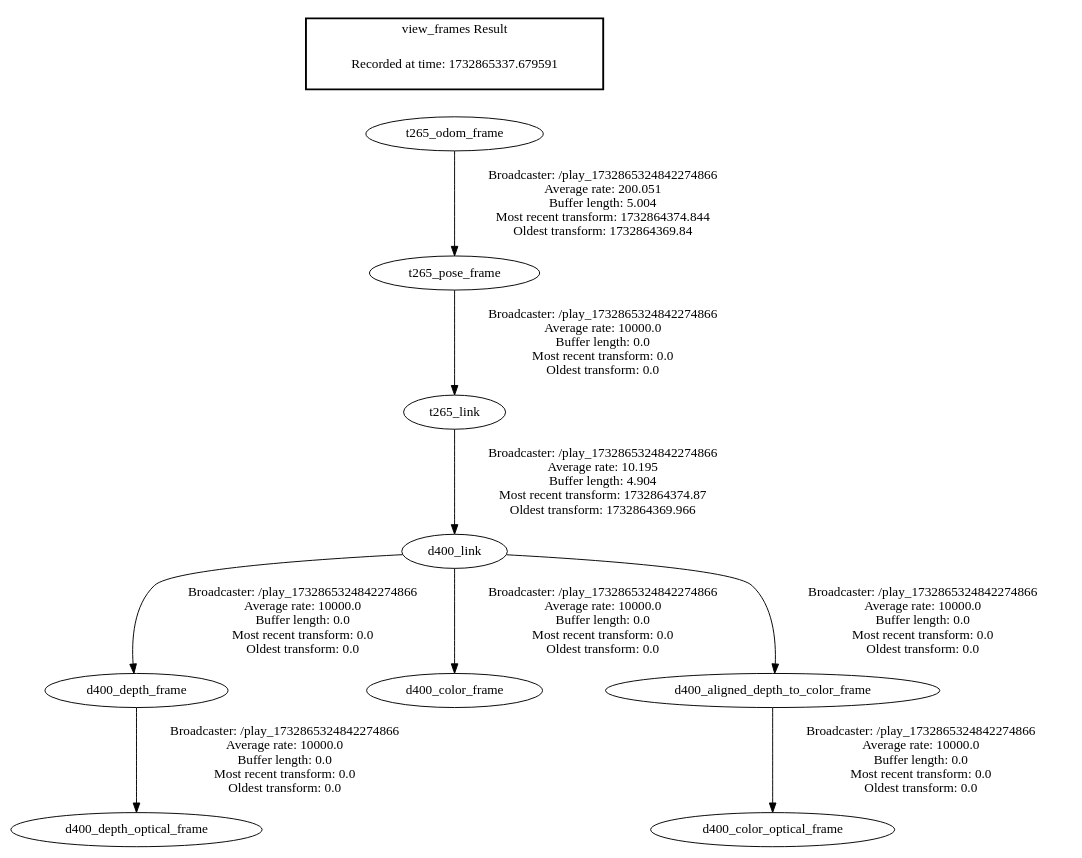
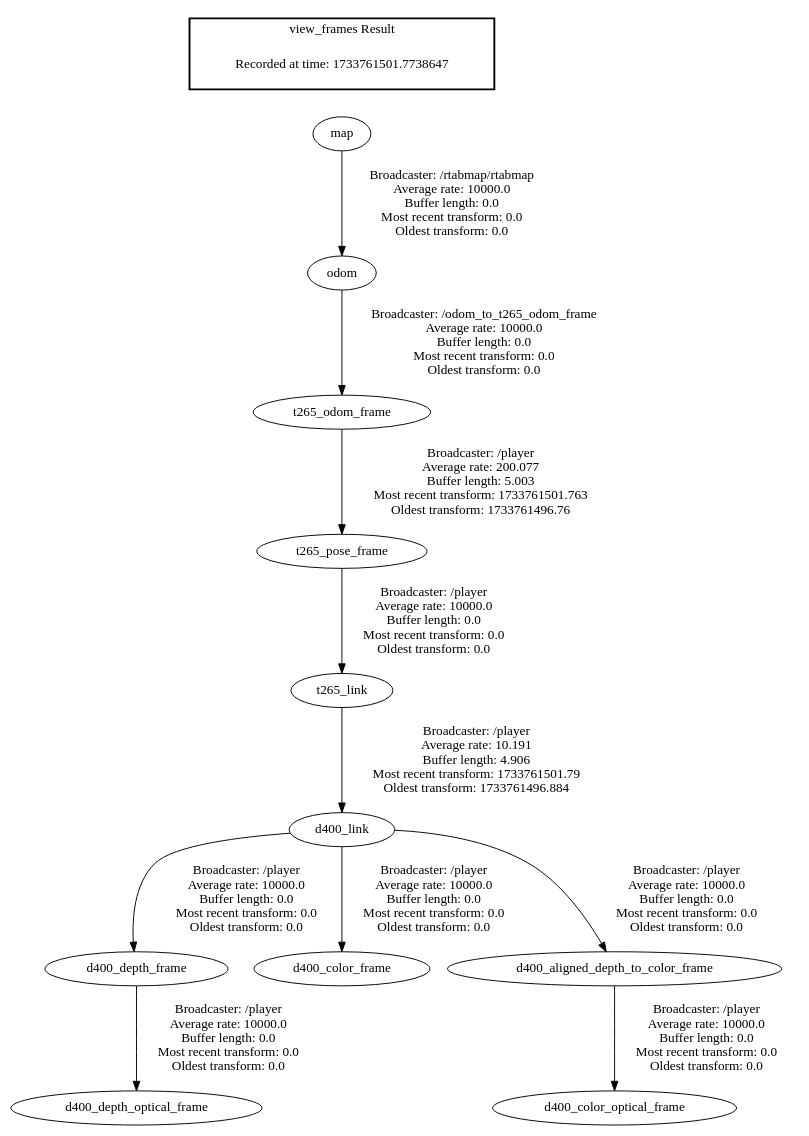
The diagram in catkin_ws/frames.gv (FahrulID/netrasahaya), drawn with Graphviz before and after one commit. The commit also changed 29 other files, not shown here.

```diff
--- a/catkin_ws/frames.gv
+++ b/catkin_ws/frames.gv
@@ -1,14 +1,16 @@
 digraph G {
-"t265_pose_frame" -> "t265_link"[label=" Broadcaster: /play_1732865324842274866\nAverage rate: 10000.0\nBuffer length: 0.0\nMost recent transform: 0.0\nOldest transform: 0.0\n"];
-"t265_odom_frame" -> "t265_pose_frame"[label=" Broadcaster: /play_1732865324842274866\nAverage rate: 200.051\nBuffer length: 5.004\nMost recent transform: 1732864374.844\nOldest transform: 1732864369.84\n"];
-"d400_link" -> "d400_depth_frame"[label=" Broadcaster: /play_1732865324842274866\nAverage rate: 10000.0\nBuffer length: 0.0\nMost recent transform: 0.0\nOldest transform: 0.0\n"];
-"t265_link" -> "d400_link"[label=" Broadcaster: /play_1732865324842274866\nAverage rate: 10.195\nBuffer length: 4.904\nMost recent transform: 1732864374.87\nOldest transform: 1732864369.966\n"];
-"d400_depth_frame" -> "d400_depth_optical_frame"[label=" Broadcaster: /play_1732865324842274866\nAverage rate: 10000.0\nBuffer length: 0.0\nMost recent transform: 0.0\nOldest transform: 0.0\n"];
-"d400_link" -> "d400_color_frame"[label=" Broadcaster: /play_1732865324842274866\nAverage rate: 10000.0\nBuffer length: 0.0\nMost recent transform: 0.0\nOldest transform: 0.0\n"];
-"d400_aligned_depth_to_color_frame" -> "d400_color_optical_frame"[label=" Broadcaster: /play_1732865324842274866\nAverage rate: 10000.0\nBuffer length: 0.0\nMost recent transform: 0.0\nOldest transform: 0.0\n"];
-"d400_link" -> "d400_aligned_depth_to_color_frame"[label=" Broadcaster: /play_1732865324842274866\nAverage rate: 10000.0\nBuffer length: 0.0\nMost recent transform: 0.0\nOldest transform: 0.0\n"];
+"map" -> "odom"[label=" Broadcaster: /rtabmap/rtabmap\nAverage rate: 10000.0\nBuffer length: 0.0\nMost recent transform: 0.0\nOldest transform: 0.0\n"];
+"odom" -> "t265_odom_frame"[label=" Broadcaster: /odom_to_t265_odom_frame\nAverage rate: 10000.0\nBuffer length: 0.0\nMost recent transform: 0.0\nOldest transform: 0.0\n"];
+"d400_link" -> "d400_depth_frame"[label=" Broadcaster: /player\nAverage rate: 10000.0\nBuffer length: 0.0\nMost recent transform: 0.0\nOldest transform: 0.0\n"];
+"t265_link" -> "d400_link"[label=" Broadcaster: /player\nAverage rate: 10.191\nBuffer length: 4.906\nMost recent transform: 1733761501.79\nOldest transform: 1733761496.884\n"];
+"d400_depth_frame" -> "d400_depth_optical_frame"[label=" Broadcaster: /player\nAverage rate: 10000.0\nBuffer length: 0.0\nMost recent transform: 0.0\nOldest transform: 0.0\n"];
+"d400_link" -> "d400_color_frame"[label=" Broadcaster: /player\nAverage rate: 10000.0\nBuffer length: 0.0\nMost recent transform: 0.0\nOldest transform: 0.0\n"];
+"d400_aligned_depth_to_color_frame" -> "d400_color_optical_frame"[label=" Broadcaster: /player\nAverage rate: 10000.0\nBuffer length: 0.0\nMost recent transform: 0.0\nOldest transform: 0.0\n"];
+"d400_link" -> "d400_aligned_depth_to_color_frame"[label=" Broadcaster: /player\nAverage rate: 10000.0\nBuffer length: 0.0\nMost recent transform: 0.0\nOldest transform: 0.0\n"];
+"t265_pose_frame" -> "t265_link"[label=" Broadcaster: /player\nAverage rate: 10000.0\nBuffer length: 0.0\nMost recent transform: 0.0\nOldest transform: 0.0\n"];
+"t265_odom_frame" -> "t265_pose_frame"[label=" Broadcaster: /player\nAverage rate: 200.077\nBuffer length: 5.003\nMost recent transform: 1733761501.763\nOldest transform: 1733761496.76\n"];
 edge [style=invis];
  subgraph cluster_legend { style=bold; color=black; label ="view_frames Result";
-"Recorded at time: 1732865337.679591"[ shape=plaintext ] ;
-}->"t265_odom_frame";
+"Recorded at time: 1733761501.7738647"[ shape=plaintext ] ;
+}->"map";
 }
```
